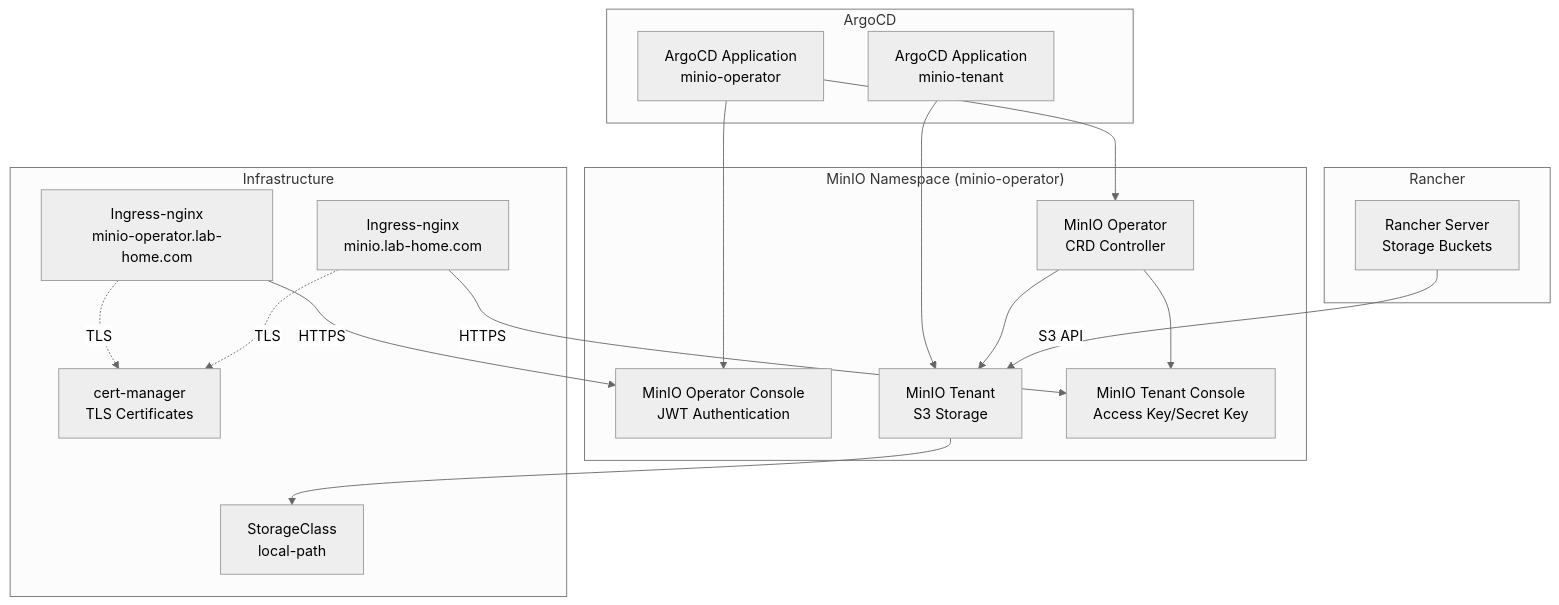
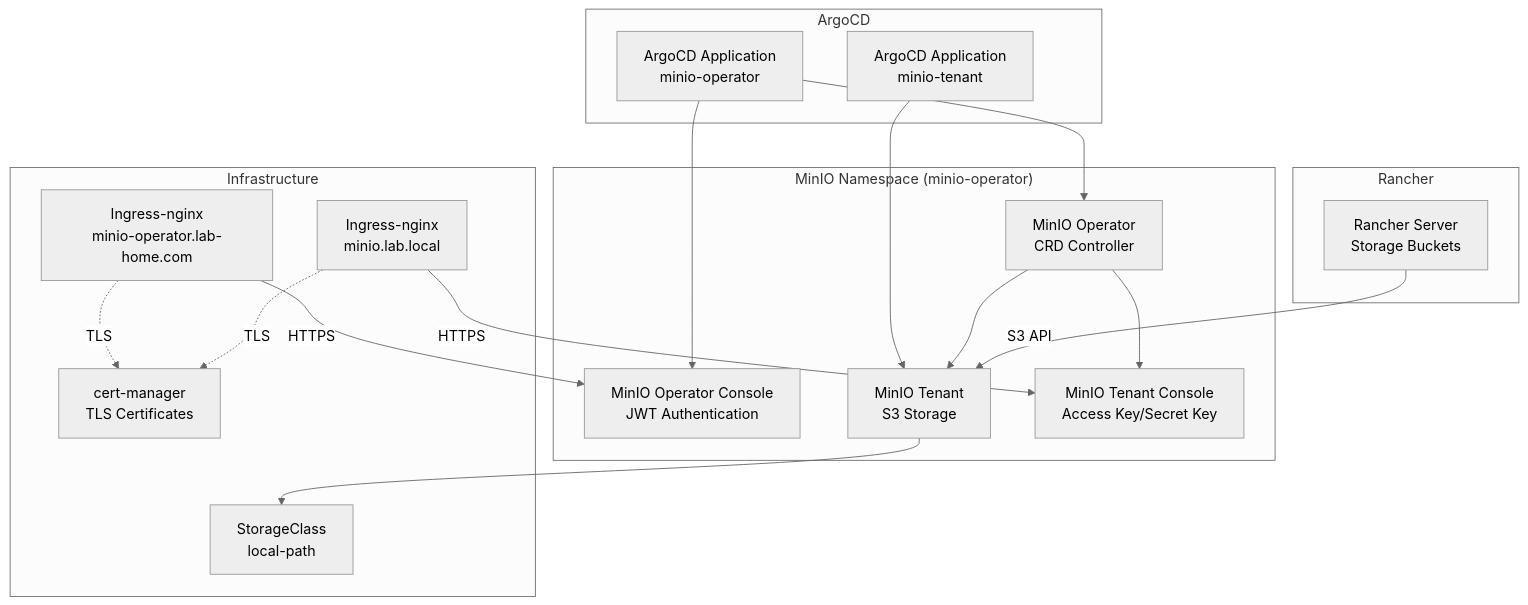
Before and after one commit to barmaglot351/k3s-test: the diagram in argocd-apps/minio/README.md, drawn with Mermaid (neutral theme). The commit also changed other lines of this file, not shown here.

````diff
--- a/argocd-apps/minio/README.md
+++ b/argocd-apps/minio/README.md
@@ -100,39 +100,39 @@
 ```mermaid
 graph TB
     subgraph ArgoCD["ArgoCD"]
         ArgoCD_Op["ArgoCD Application<br/>minio-operator"]
         ArgoCD_Tenant["ArgoCD Application<br/>minio-tenant"]
     end
     
     subgraph MinIO_NS["MinIO Namespace (minio-operator)"]
         Operator["MinIO Operator<br/>CRD Controller"]
         Operator_Console["MinIO Operator Console<br/>JWT Authentication"]
         Tenant["MinIO Tenant<br/>S3 Storage"]
         Tenant_Console["MinIO Tenant Console<br/>Access Key/Secret Key"]
     end
     
     subgraph Infrastructure["Infrastructure"]
         Ingress_Op["Ingress-nginx<br/>minio-operator.lab-home.com"]
-        Ingress_Tenant["Ingress-nginx<br/>minio.lab-home.com"]
+        Ingress_Tenant["Ingress-nginx<br/>minio.lab.local"]
         CertManager["cert-manager<br/>TLS Certificates"]
         Storage["StorageClass<br/>local-path"]
     end
     
     subgraph Rancher_NS["Rancher"]
         Rancher["Rancher Server<br/>Storage Buckets"]
     end
     
     ArgoCD_Op --> Operator
     ArgoCD_Op --> Operator_Console
     ArgoCD_Tenant --> Tenant
     Operator --> Tenant
     Operator --> Tenant_Console
     
     Ingress_Op -->|HTTPS| Operator_Console
     Ingress_Tenant -->|HTTPS| Tenant_Console
     Ingress_Op -.->|TLS| CertManager
     Ingress_Tenant -.->|TLS| CertManager
     Tenant --> Storage
     
     Rancher -->|S3 API| Tenant
 ```
````
